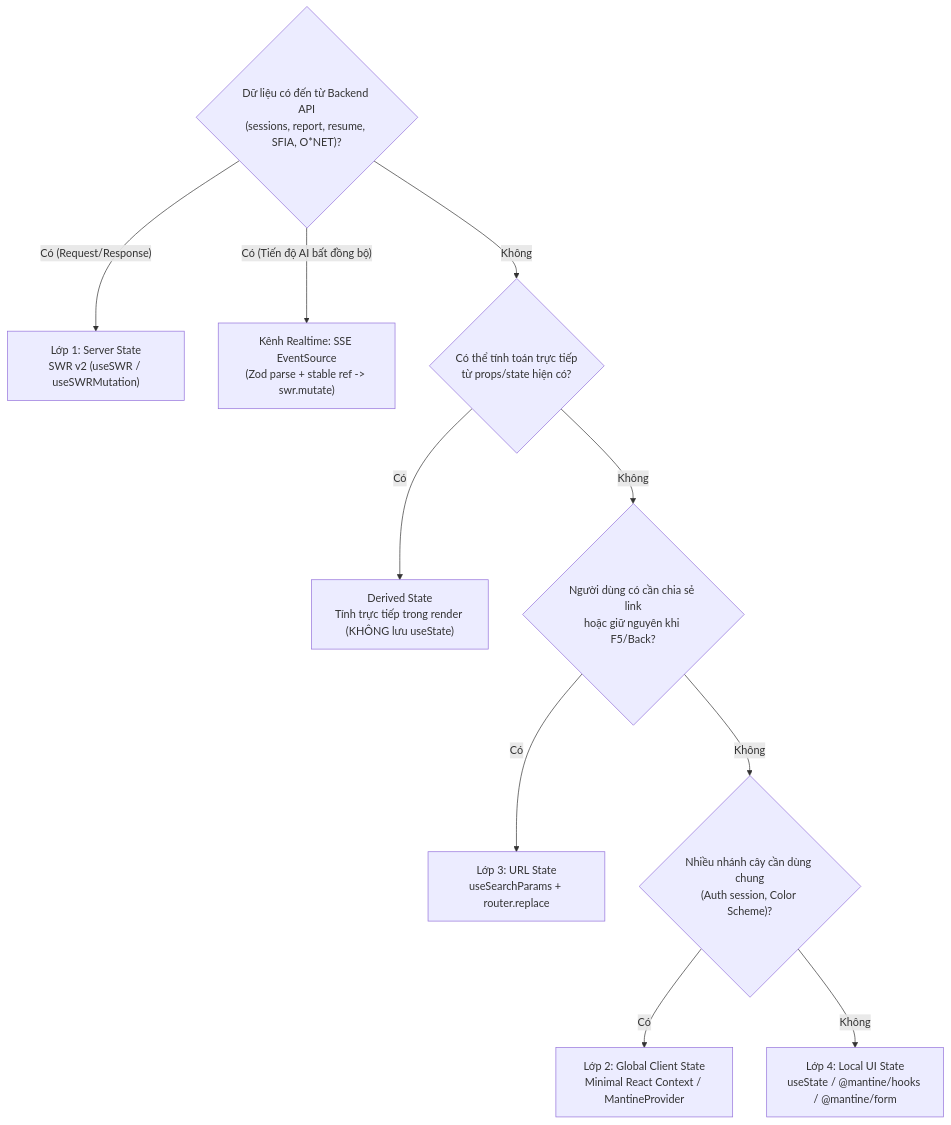
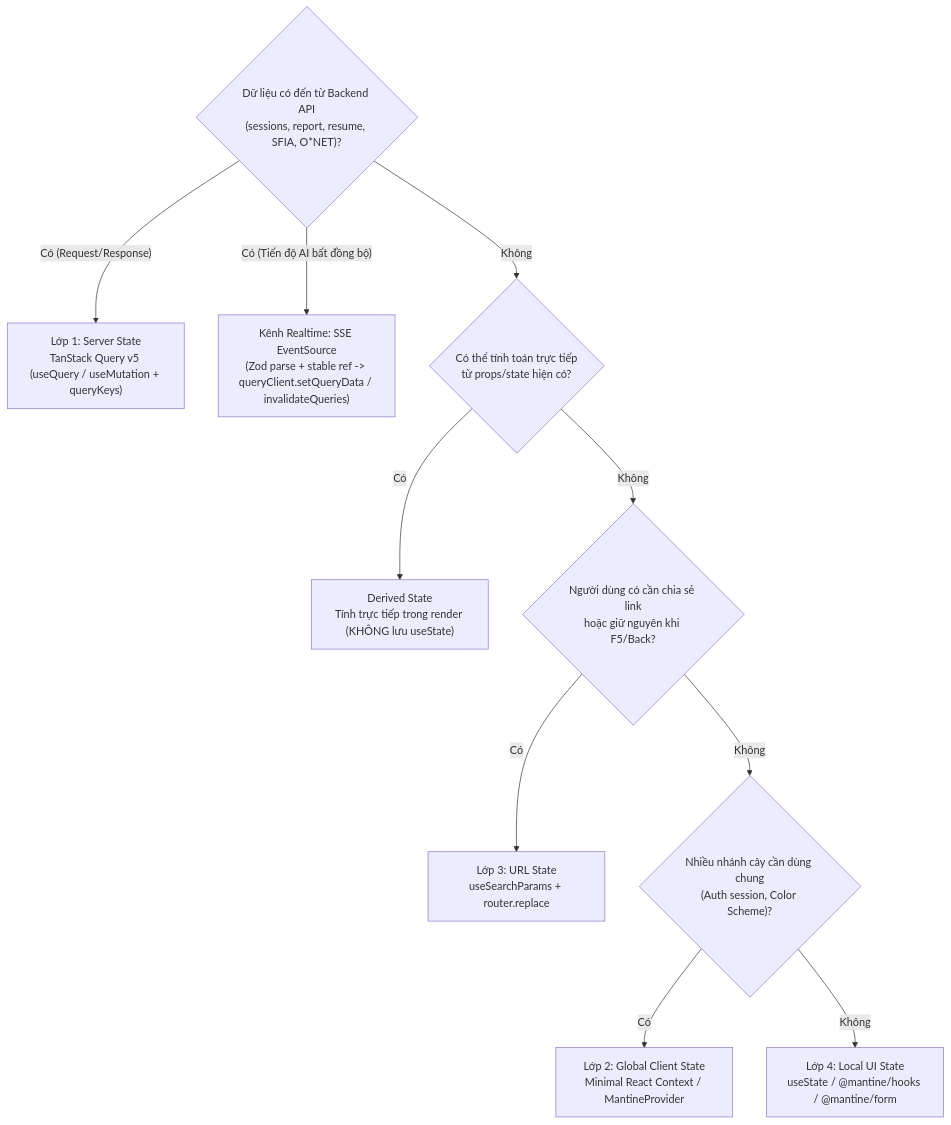
Before and after one commit to lethanhan01/interview-coach: the diagram in client/docs/docs/01-foundations/state-management.md, drawn with Mermaid. The commit also changed other lines of this file and 18 other files, not shown here.

````diff
--- a/client/docs/docs/01-foundations/state-management.md
+++ b/client/docs/docs/01-foundations/state-management.md
@@ -34,13 +34,13 @@
 ```mermaid
 flowchart TD
     Q1{"Dữ liệu có đến từ Backend API<br/>(sessions, report, resume, SFIA, O*NET)?"}
-    Q1 -- "Có (Request/Response)" --> L1["Lớp 1: Server State<br/>SWR v2 (useSWR / useSWRMutation)"]
-    Q1 -- "Có (Tiến độ AI bất đồng bộ)" --> SSE["Kênh Realtime: SSE EventSource<br/>(Zod parse + stable ref -> swr.mutate)"]
+    Q1 -- "Có (Request/Response)" --> L1["Lớp 1: Server State<br/>TanStack Query v5 (useQuery / useMutation + queryKeys)"]
+    Q1 -- "Có (Tiến độ AI bất đồng bộ)" --> SSE["Kênh Realtime: SSE EventSource<br/>(Zod parse + stable ref -> queryClient.setQueryData / invalidateQueries)"]
     Q1 -- "Không" --> Q2{"Có thể tính toán trực tiếp<br/>từ props/state hiện có?"}
     Q2 -- "Có" --> DERIVED["Derived State<br/>Tính trực tiếp trong render (KHÔNG lưu useState)"]
     Q2 -- "Không" --> Q3{"Người dùng có cần chia sẻ link<br/>hoặc giữ nguyên khi F5/Back?"}
     Q3 -- "Có" --> L3["Lớp 3: URL State<br/>useSearchParams + router.replace"]
     Q3 -- "Không" --> Q4{"Nhiều nhánh cây cần dùng chung<br/>(Auth session, Color Scheme)?"}
     Q4 -- "Có" --> L2["Lớp 2: Global Client State<br/>Minimal React Context / MantineProvider"]
     Q4 -- "Không" --> L4["Lớp 4: Local UI State<br/>useState / @mantine/hooks / @mantine/form"]
 ```
````
